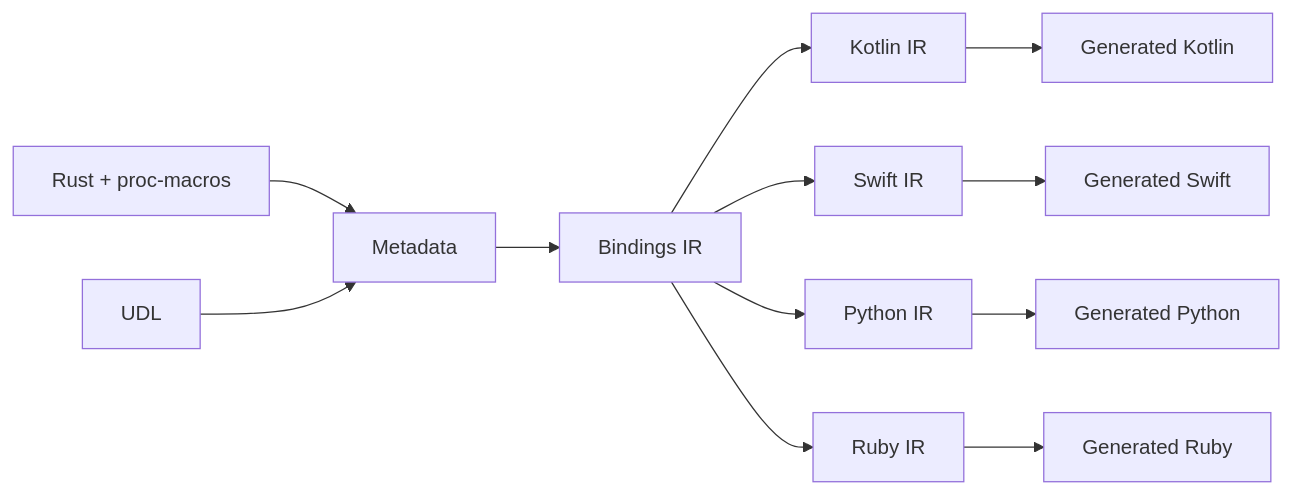
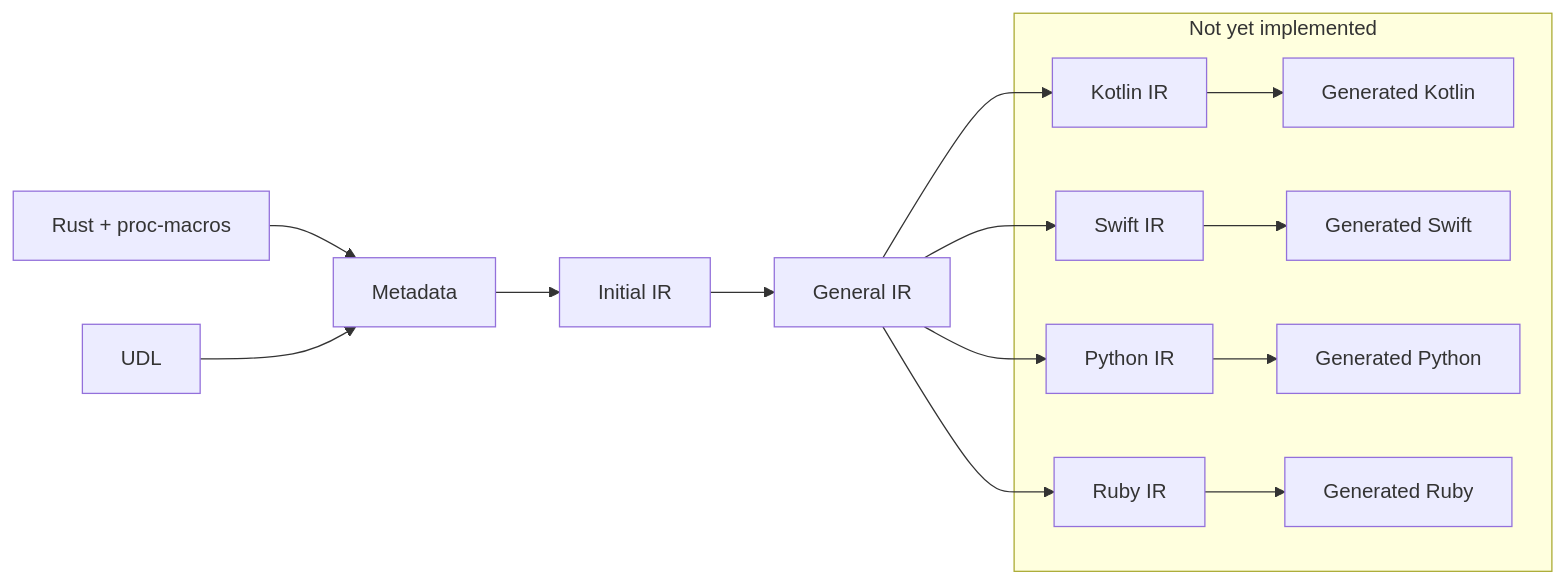
Before and after one commit to bendk/mermaid: the diagram in uniffi/bindgen-pipeline.mermaid, drawn with Mermaid.

Commit message:
Updating bindgen-pipeline

```diff
--- a/uniffi/bindgen-pipeline.mermaid
+++ b/uniffi/bindgen-pipeline.mermaid
@@ -1,12 +1,16 @@
 flowchart LR
     ProcMacros[Rust + proc-macros] --> Metadata[Metadata]
     UDL[UDL] --> Metadata[Metadata]
-    Metadata --> BindingsIr[Bindings IR]
-    BindingsIr --> KotlinIr[Kotlin IR]
-    BindingsIr --> SwiftIr[Swift IR]
-    BindingsIr --> PythonIr[Python IR]
-    BindingsIr --> RubyIr[Ruby IR]
+    Metadata --> InitialIr[Initial IR]
+    InitialIr --> GeneralIr[General IR]
+    GeneralIr --> KotlinIr[Kotlin IR]
+    GeneralIr --> SwiftIr[Swift IR]
+    GeneralIr --> PythonIr[Python IR]
+    GeneralIr --> RubyIr[Ruby IR]
+
+    subgraph Not yet implemented
     KotlinIr --> Kotlin[Generated Kotlin]
     SwiftIr --> Swift[Generated Swift]
     PythonIr --> Python[Generated Python]
     RubyIr --> Ruby[Generated Ruby]
+    end
```
